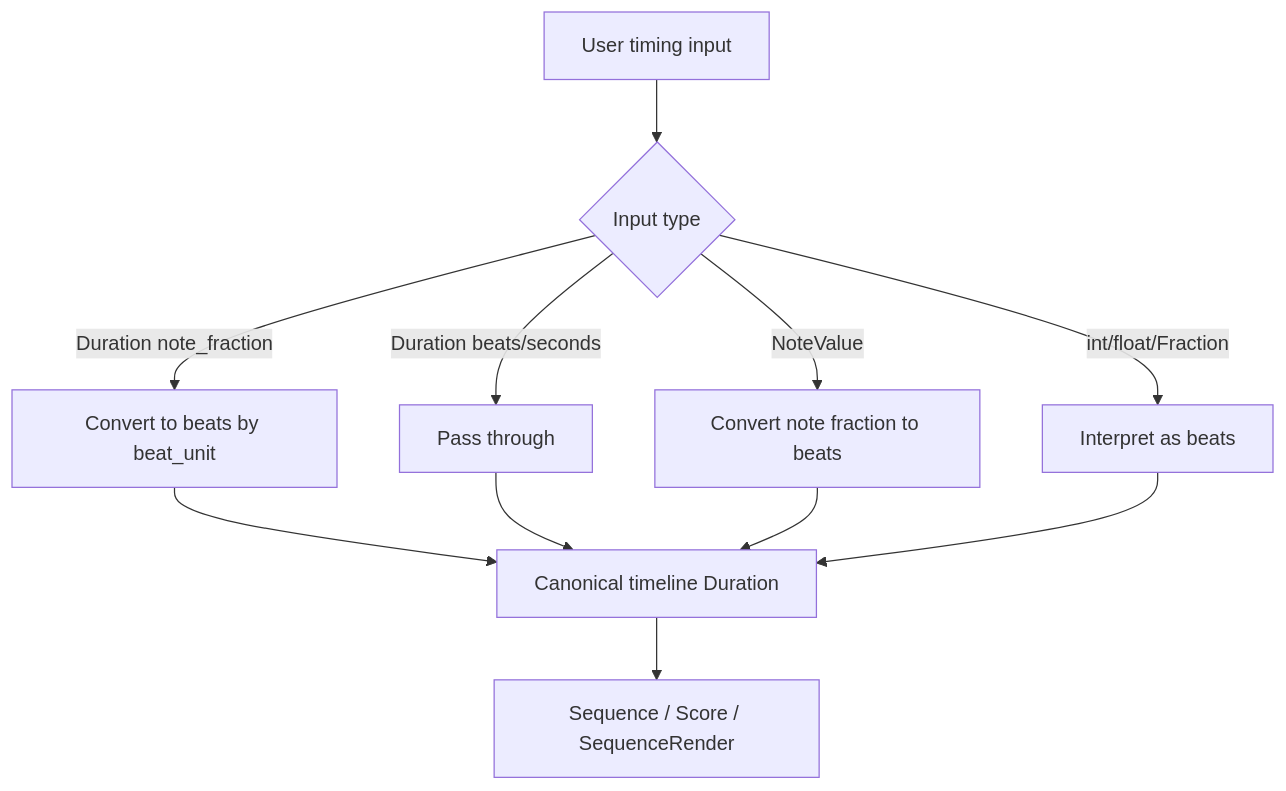
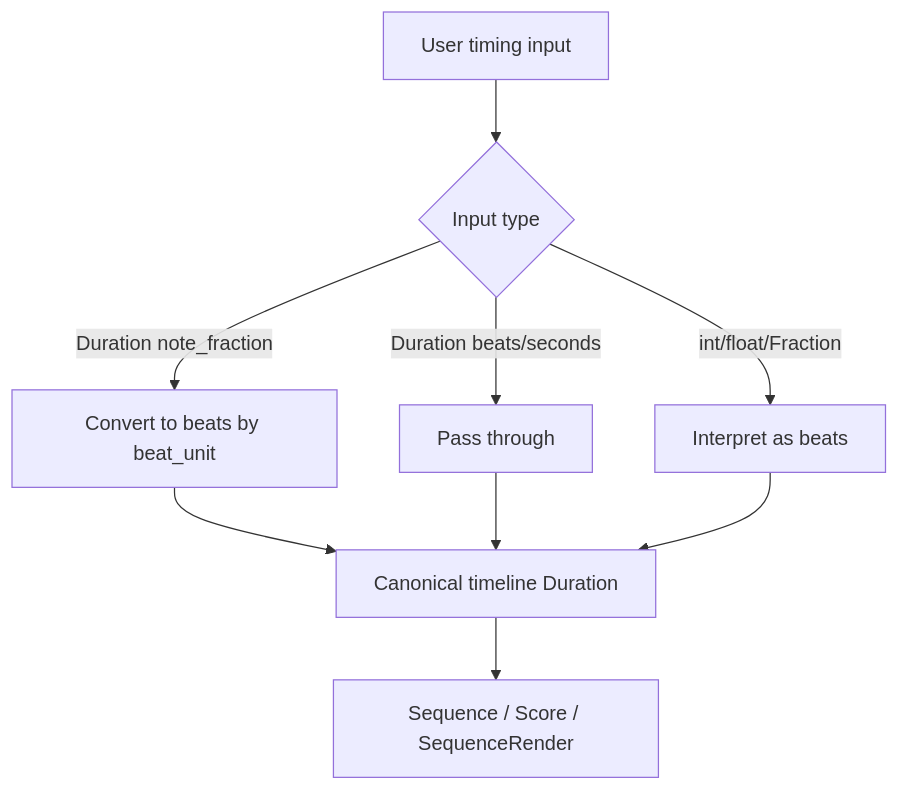
One commit to lzulauf/chordelia changed the diagram in .plans/duration_model_unification_plan.md. Above: the diagram before and after it, drawn with Mermaid. The commit also changed other lines of this file and 39 other files, not shown here.

````diff
--- a/.plans/duration_model_unification_plan.md
+++ b/.plans/duration_model_unification_plan.md
@@ -161,13 +157,11 @@
 ```mermaid
 flowchart TD
     A[User timing input] --> B{Input type}
     B -->|Duration note_fraction| C[Convert to beats by beat_unit]
     B -->|Duration beats/seconds| D[Pass through]
-    B -->|NoteValue| E[Convert note fraction to beats]
     B -->|int/float/Fraction| F[Interpret as beats]
     C --> G[Canonical timeline Duration]
     D --> G
-    E --> G
     F --> G
     G --> H[Sequence / Score / SequenceRender]
 ```
````
